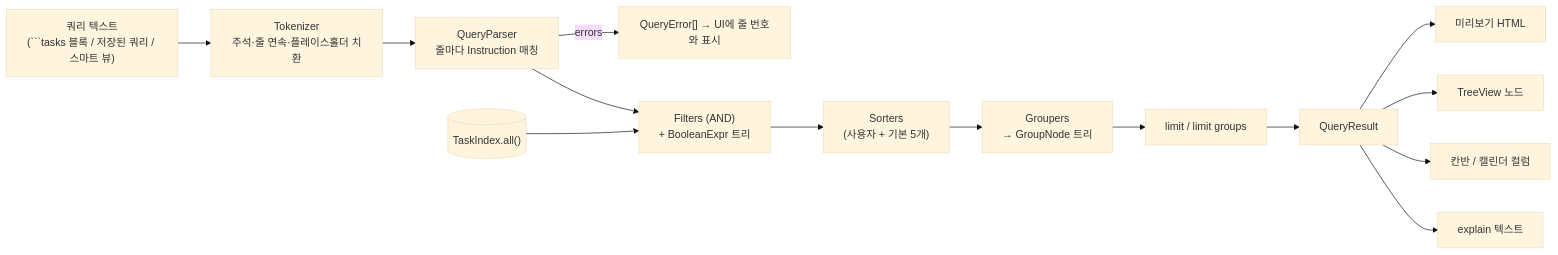
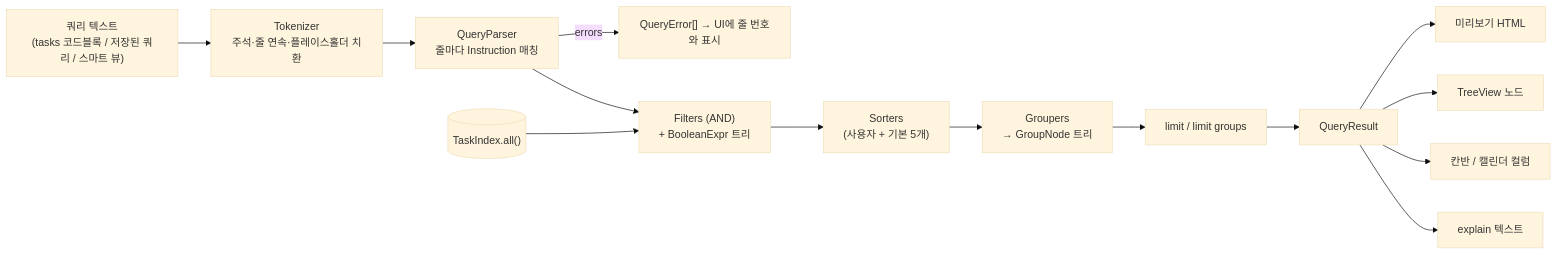
Before and after one commit to W-Leester/tasks-for-markdown: the seventh of 15 diagrams in docs/design.md, drawn with Mermaid (base theme). The commit also changed other lines of this file and 25 other files, not shown here.

First line of the commit message:
docs: add SVG renderings for all design diagrams and UI mockups

````diff
--- a/docs/design.md
+++ b/docs/design.md
@@ -380,16 +395,16 @@
 ```mermaid
 flowchart LR
-    Q["쿼리 텍스트<br/>(```tasks 블록 / 저장된 쿼리 / 스마트 뷰)"] --> T["Tokenizer<br/>주석·줄 연속·플레이스홀더 치환"]
+    Q["쿼리 텍스트<br/>(tasks 코드블록 / 저장된 쿼리 / 스마트 뷰)"] --> T["Tokenizer<br/>주석·줄 연속·플레이스홀더 치환"]
     T --> P["QueryParser<br/>줄마다 Instruction 매칭"]
     P --> |errors| ERR["QueryError[] → UI에 줄 번호와 표시"]
     P --> F["Filters (AND)<br/>+ BooleanExpr 트리"]
     IDX[("TaskIndex.all()")] --> F
     F --> S["Sorters<br/>(사용자 + 기본 5개)"]
     S --> G["Groupers<br/>→ GroupNode 트리"]
     G --> L["limit / limit groups"]
     L --> R["QueryResult"]
     R --> V1["미리보기 HTML"]
     R --> V2["TreeView 노드"]
     R --> V3["칸반 / 캘린더 컬럼"]
     R --> X["explain 텍스트"]
 ```
````
